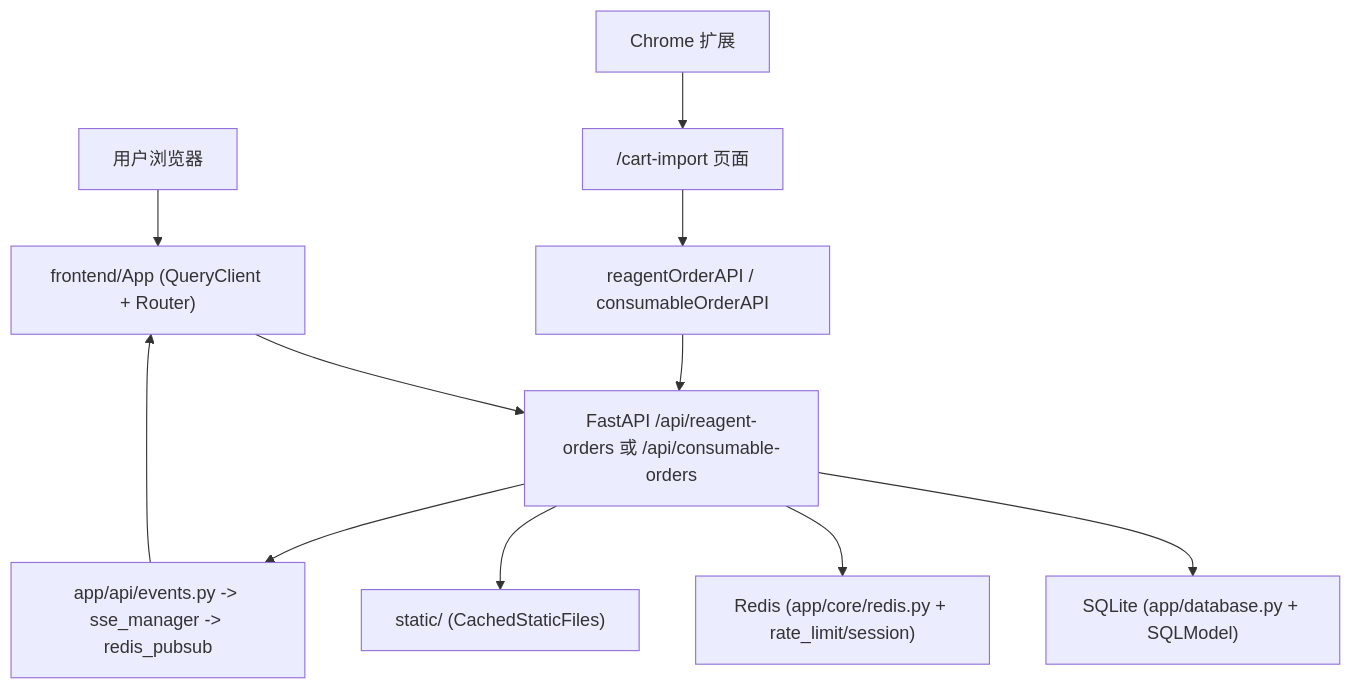
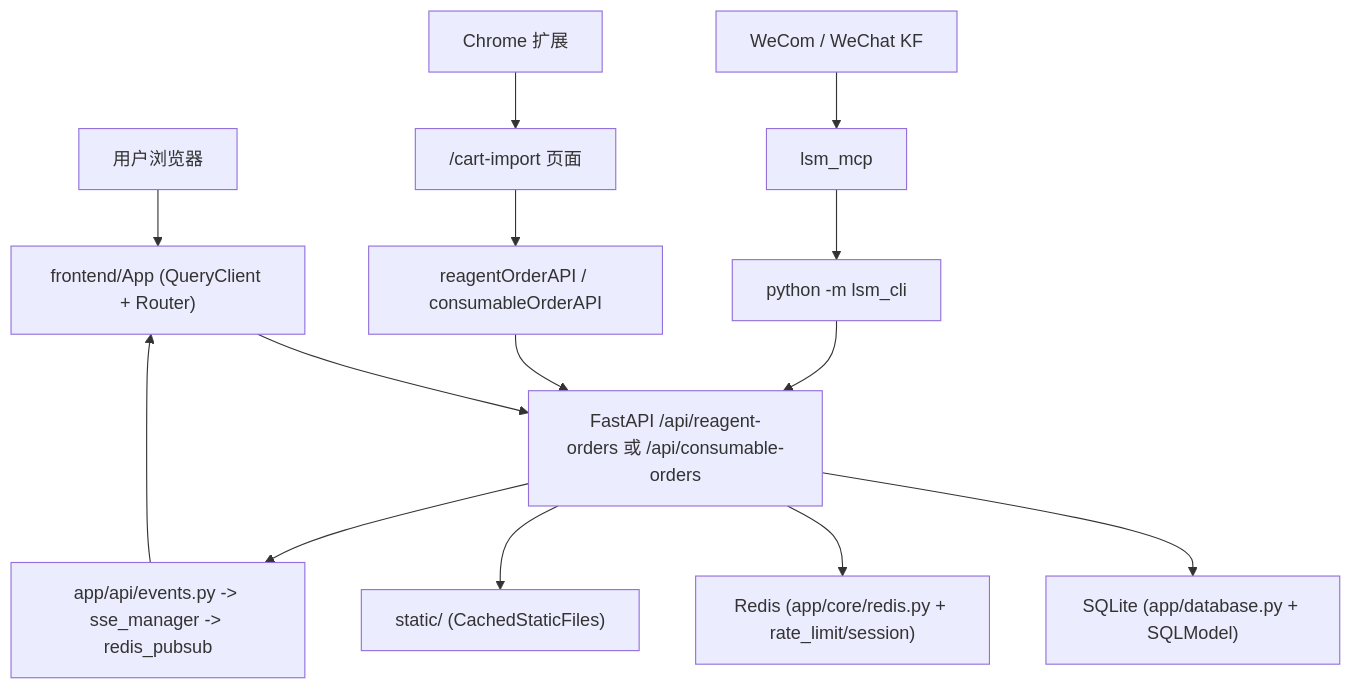
One commit to hzb666/LabStorageManager changed the diagram in wiki/overview/system-overview.md. Above: the diagram before and after it, drawn with Mermaid. The commit also changed other lines of this file and 43 other files, not shown here.

````diff
--- a/wiki/overview/system-overview.md
+++ b/wiki/overview/system-overview.md
@@ -16,13 +17,16 @@
 ```mermaid
 flowchart TD
     Browser["用户浏览器"] --> Web["frontend/App (QueryClient + Router)"]
     Extension["Chrome 扩展"] --> ImportPage["/cart-import 页面"]
+    Robot["WeCom / WeChat KF"] --> Mcp["lsm_mcp"]
+    Mcp --> Cli["python -m lsm_cli"]
+    Cli --> Api
     ImportPage --> OrderApis["reagentOrderAPI / consumableOrderAPI"]
     Web --> Api["FastAPI /api/*"]
     OrderApis --> Api["FastAPI /api/reagent-orders 或 /api/consumable-orders"]
     Api --> Db["SQLite (app/database.py + SQLModel)"]
     Api --> Cache["Redis (app/core/redis.py + rate_limit/session)"]
     Api --> Fs["static/ (CachedStaticFiles)"]
     Api --> Events["app/api/events.py -> sse_manager -> redis_pubsub"]
     Events --> Web
 ```
````
